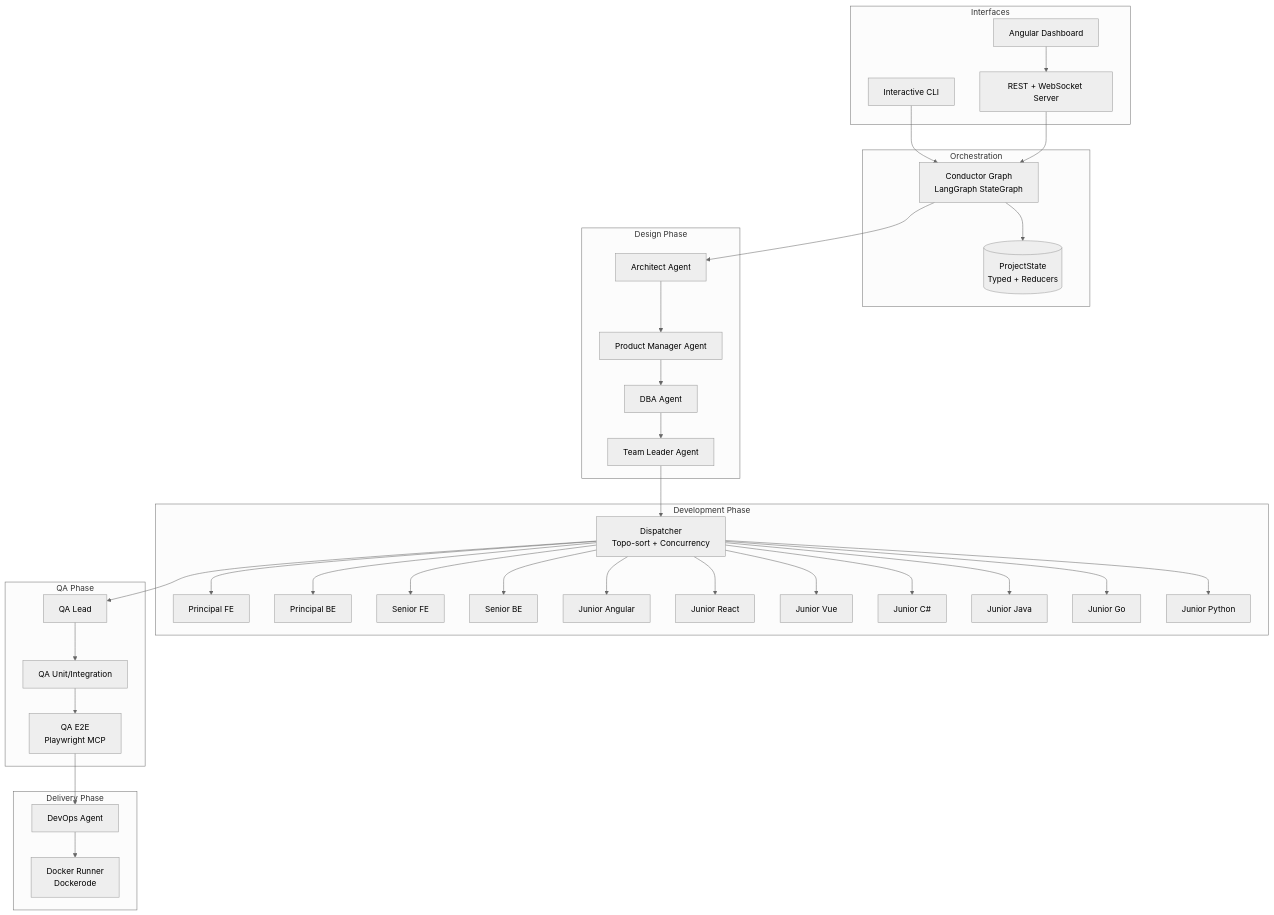
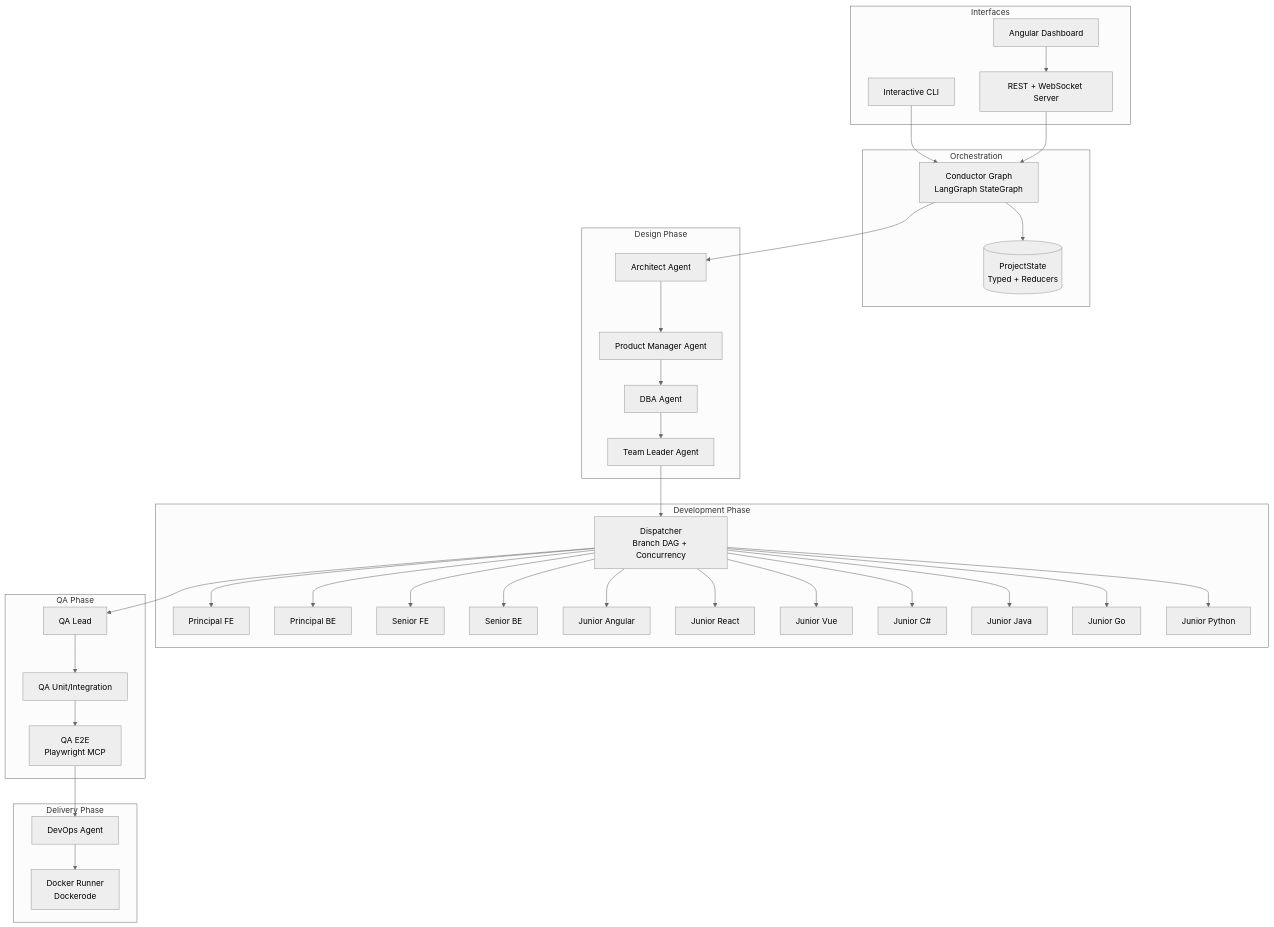
The first of 9 diagrams in README.md (ErezKon/AgenticDevTeam), drawn with Mermaid (neutral theme) before and after one commit. The commit also changed other lines of this file and 139 other files, not shown here.

````diff
--- a/README.md
+++ b/README.md
@@ -59,57 +60,57 @@
 ```mermaid
 graph TB
     subgraph Interfaces
         CLI[Interactive CLI]
         API[REST + WebSocket Server]
         DASH[Angular Dashboard]
     end
 
     subgraph Orchestration
         COND[Conductor Graph<br/>LangGraph StateGraph]
         STATE[(ProjectState<br/>Typed + Reducers)]
     end
 
     subgraph Design Phase
         ARCH[Architect Agent]
         PM[Product Manager Agent]
         DBA[DBA Agent]
         TL[Team Leader Agent]
     end
 
     subgraph Development Phase
-        DISP[Dispatcher<br/>Topo-sort + Concurrency]
+        DISP[Dispatcher<br/>Branch DAG + Concurrency]
         PFE[Principal FE]
         PBE[Principal BE]
         SFE[Senior FE]
         SBE[Senior BE]
         JA[Junior Angular]
         JR[Junior React]
         JV[Junior Vue]
         JCS[Junior C#]
         JJ[Junior Java]
         JG[Junior Go]
         JP[Junior Python]
     end
 
     subgraph QA Phase
         QAL[QA Lead]
         QAU[QA Unit/Integration]
         QAE[QA E2E<br/>Playwright MCP]
     end
 
     subgraph Delivery Phase
         DEVOPS[DevOps Agent]
         DOCKER[Docker Runner<br/>Dockerode]
     end
 
     CLI --> COND
     API --> COND
     DASH --> API
 
     COND --> STATE
     COND --> ARCH --> PM --> DBA --> TL
     TL --> DISP
     DISP --> PFE & PBE & SFE & SBE & JA & JR & JV & JCS & JJ & JG & JP
     DISP --> QAL --> QAU --> QAE
     QAE --> DEVOPS --> DOCKER
 ```
````
